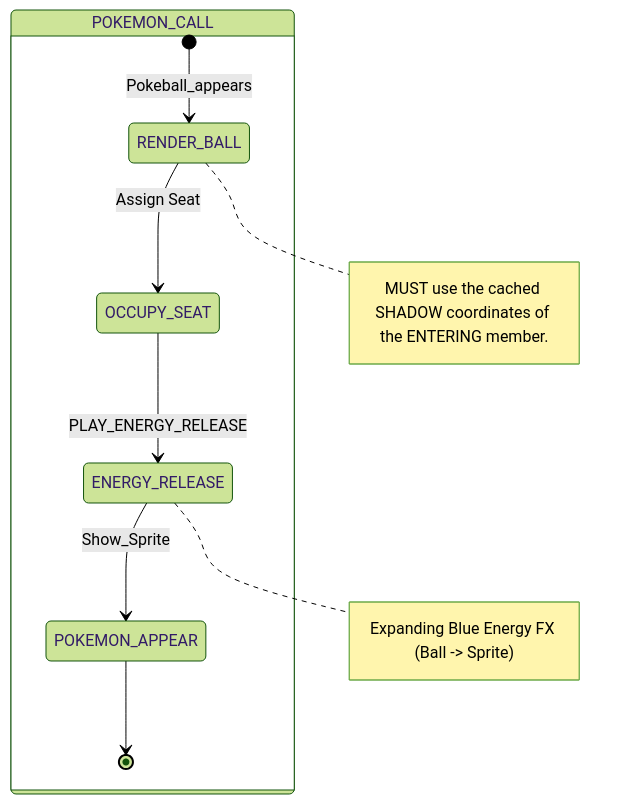
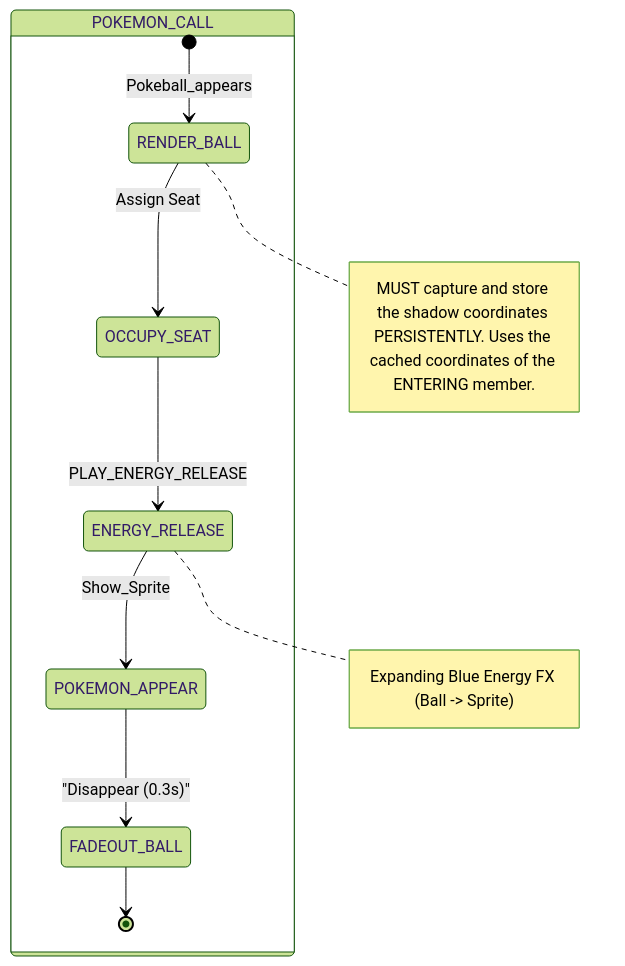
One commit to Darkham77/PokeBorrador changed diagram 15 of 18 in .agents/skills/project-standards/references/battle/battle_mechanics_manual.md. Above: the diagram before and after it, drawn with Mermaid (forest theme). The commit also changed other lines of this file and 21 other files, not shown here.

````diff
--- a/.agents/skills/project-standards/references/battle/battle_mechanics_manual.md
+++ b/.agents/skills/project-standards/references/battle/battle_mechanics_manual.md
@@ -772,13 +786,14 @@
 ```mermaid
 stateDiagram-v2
     state POKEMON_CALL {
         [*] --> RENDER_BALL: Pokeball_appears
         RENDER_BALL --> OCCUPY_SEAT: Assign Seat
         OCCUPY_SEAT --> ENERGY_RELEASE: PLAY_ENERGY_RELEASE
         ENERGY_RELEASE --> POKEMON_APPEAR: Show_Sprite
-        POKEMON_APPEAR --> [*]
+        POKEMON_APPEAR --> FADEOUT_BALL: "Disappear (0.3s)"
+        FADEOUT_BALL --> [*]
         
-        note right of RENDER_BALL: MUST use the cached SHADOW coordinates of the ENTERING member.
+        note right of RENDER_BALL: MUST capture and store the shadow coordinates PERSISTENTLY. Uses the cached coordinates of the ENTERING member.
         note right of ENERGY_RELEASE: Expanding Blue Energy FX (Ball -> Sprite)
     }
 ```
````
